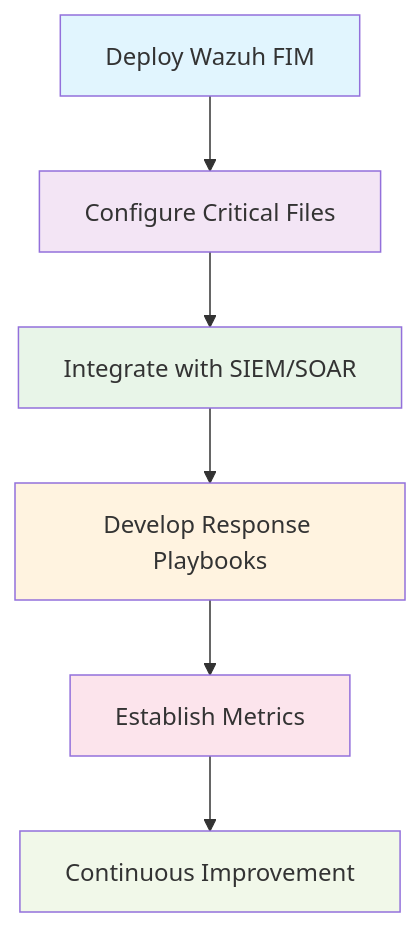
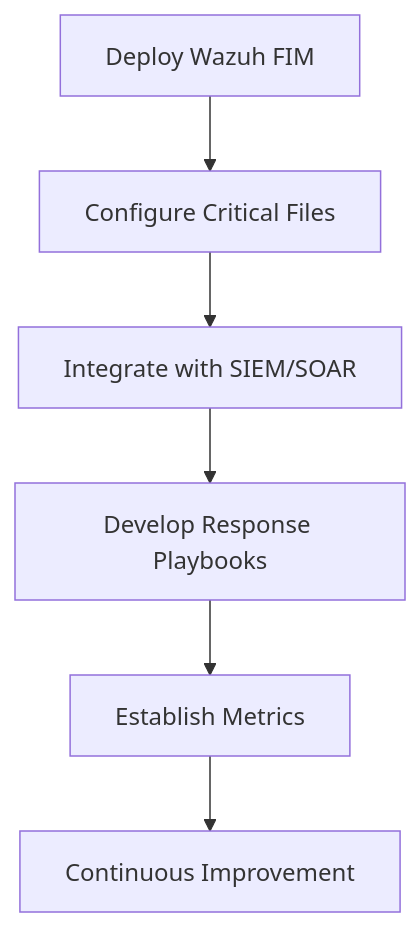
Before and after one commit to i-am-paradoxx/wazuh-linux: the third of 3 diagrams in Example-Report/README.md, drawn with Mermaid. The commit also changed other lines of this file, not shown here.

````diff
--- a/Example-Report/README.md
+++ b/Example-Report/README.md
@@ -648,15 +648,8 @@
 ```mermaid
 flowchart TD
     A[Deploy Wazuh FIM] --> B[Configure Critical Files]
     B --> C[Integrate with SIEM/SOAR]
     C --> D[Develop Response Playbooks]
     D --> E[Establish Metrics]
     E --> F[Continuous Improvement]
-    
-    style A fill:#e1f5fe
-    style B fill:#f3e5f5
-    style C fill:#e8f5e8
-    style D fill:#fff3e0
-    style E fill:#fce4ec
-    style F fill:#f1f8e9
 ```
````
